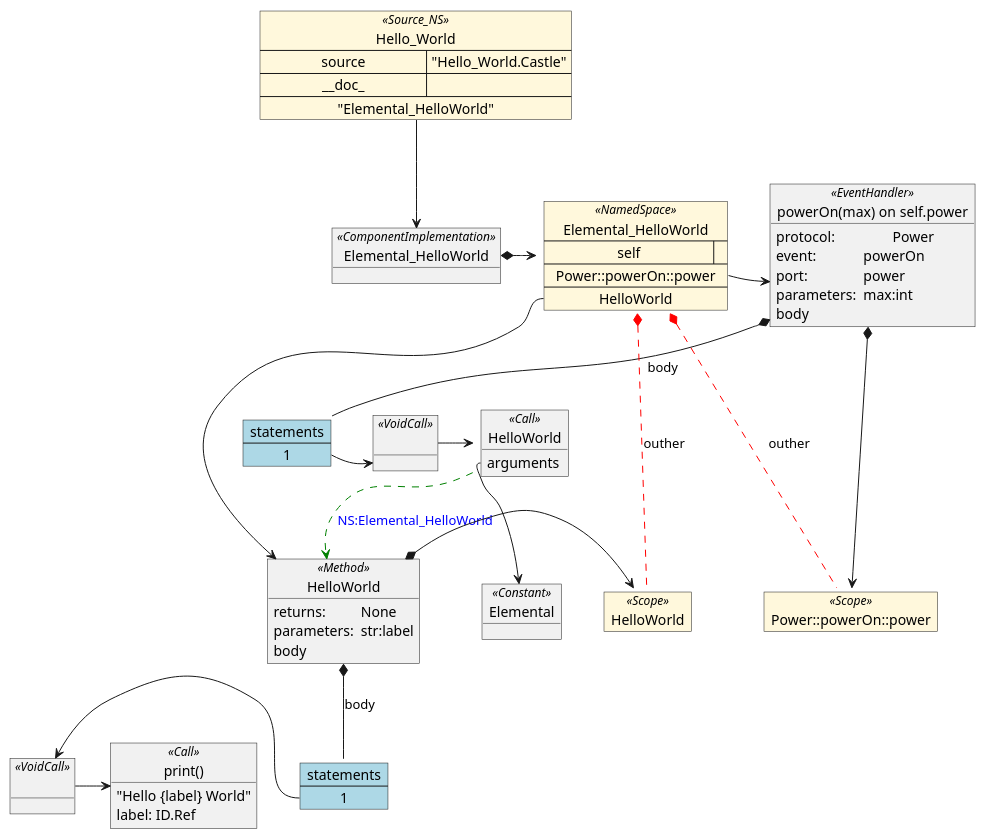
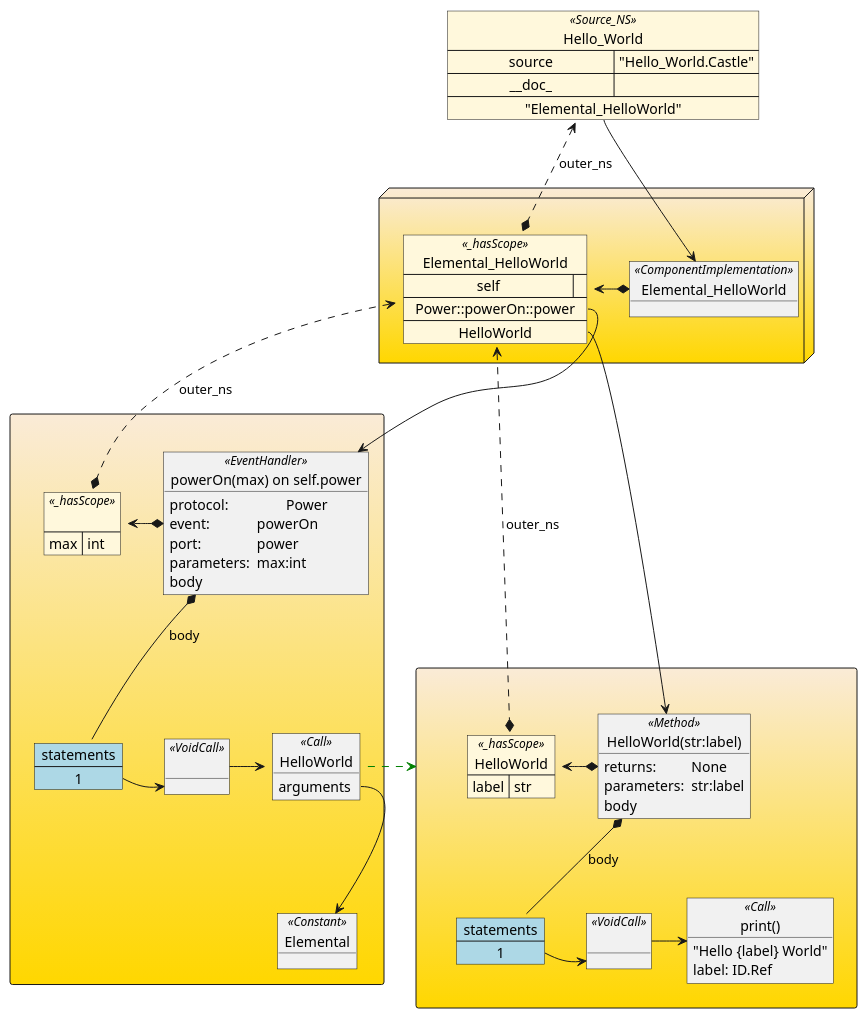
One commit to AlbertMietus/CCastle2.hg changed the diagram in TestDoubles_packages/TestDoubles-HelloWorlds/doc/elemental.puml. Above: the diagram before and after it, drawn with PlantUML.

Commit message:
TestDoubles-HelloWorld/elemental::uml-graph : ASIS -- mostly oke

```diff
--- a/TestDoubles_packages/TestDoubles-HelloWorlds/doc/elemental.puml
+++ b/TestDoubles_packages/TestDoubles-HelloWorlds/doc/elemental.puml
@@ -1,80 +1,98 @@
 @startuml
 
-object Elemental_HelloWorld  <<ComponentImplementation>> {
+skinparam packageBackgroundColor  AntiqueWhite-Gold
+skinparam mapBackgroundColor      Cornsilk
+
+package " " as p_comp <<Node>> {
+   object Elemental_HelloWorld  <<ComponentImplementation>> {
+   }
 }
-map "Hello_World" as ns1 <<Source_NS>> #Cornsilk {
+
+package " " as p_m_HW <<Rectangle>>  {
+   object "HelloWorld(str:label)" as HelloWorld <<Method>> {
+     returns:		None
+     parameters: 	str:label
+     body
+   }
+
+   object " " as s11 <<VoidCall>>
+   object "print()" as s12 <<Call>> {
+     "Hello {label} World"
+     label: ID.Ref
+   }
+   s11 ->s12
+}
+
+
+
+
+package " " as p_ev_power <<Rectangle>>   {
+   object "powerOn(max) on self.power" as powerOn <<EventHandler>> {
+     protocol:		Power
+     event:		powerOn
+     port:		power
+     parameters:	max:int
+     body
+   }
+
+   object "Elemental" as c1 <<Constant>>
+   object " " as s21 <<VoidCall>>
+   object "HelloWorld" as s22 <<Call>> {
+     arguments
+   }
+    s22 .> p_m_HW #green
+   s21 ->s22
+   s22::arguments -->c1
+}
+
+
+map "Hello_World" as ns1 <<Source_NS>> {
   source 					=> "Hello_World.Castle"
   __doc_ 					=>
   "Elemental_HelloWorld" 	*--> Elemental_HelloWorld
 }
 
+package  p_comp {
+   map "Elemental_HelloWorld" as ns2 <<_hasScope>> {
+      self 					=>
+      Power::powerOn::power 	*->  powerOn
+      HelloWorld 				*->  HelloWorld
+   }
+   Elemental_HelloWorld *-> ns2
+   ns1 <.* ns2: outer_ns
+}
 
-object HelloWorld <<Method>> {
-  returns:		None
-  parameters: 	str:label
-  body
+package p_m_HW {
+   map "HelloWorld" as ns3 <<_hasScope>> {
+   label => str
+   }
+   HelloWorld *-> ns3
+   ns2 <..* ns3 : outer_ns
+
+
+}
+
+package p_ev_power {
+   map " " as ns4 <<_hasScope>> {
+   max => int
+   }
+   powerOn *-> ns4
+   ns2 <..* ns4 : outer_ns
+}
+
+package p_m_HW {
+   map "statements" as  _HelloWorld_Body  #lightblue {
+      1 *-> s11
+   }
+   HelloWorld 		*-- _HelloWorld_Body:body
+}
+package p_ev_power {
+   map "statements" as _powerOn_Body #lightblue{
+      1 *->s21
+   }
+   powerOn *-- _powerOn_Body:body
 }
 
 
-together {
-	object " " as s11 <<VoidCall>>
-    object "print()" as s12 <<Call>> {
-	  "Hello {label} World"
-	  label: ID.Ref
-	}
-	s11 ->s12
-}
-together {
-	map "statements" as  _HelloWorld_Body  #lightblue {
-	 1 *-> s11
-	}
-    HelloWorld 		*-- _HelloWorld_Body: body
-}
 
-
-object "powerOn(max) on self.power" as powerOn <<EventHandler>> {
-  protocol:		Power
-  event:		powerOn
-  port:		power
-  parameters:	max:int
-  body
-}
-
-object "Elemental" as c1 <<Constant>>
-object " " as s21 <<VoidCall>>
-object "HelloWorld" as s22 <<Call>> {
-  arguments
-}
-s22::arguments -->c1
-
-s21 ->s22
-s22 ..> HelloWorld #green: <color:blue>NS:Elemental_HelloWorld
-
-
-map "statements" as _powerOn_Body #lightblue{
-1 *->s21
-}
-powerOn 		*-- _powerOn_Body :body
-
-
-
-map "Elemental_HelloWorld" as ns2 <<NamedSpace>> #Cornsilk {
-    self 					=>
-    Power::powerOn::power 	*->  powerOn
-    HelloWorld 				*->  HelloWorld
-}
-Elemental_HelloWorld *-> ns2
-
-map "HelloWorld" as ns3 << Scope>> #Cornsilk {
-}
-HelloWorld *-> ns3
-
-
-map "Power::powerOn::power" as ns4 <<Scope>> #Cornsilk {
-}
-powerOn *-> ns4
-
-ns2 *... ns4 #red: outher
-ns2 *... ns3 #red: outher
-}
 @enduml
```
